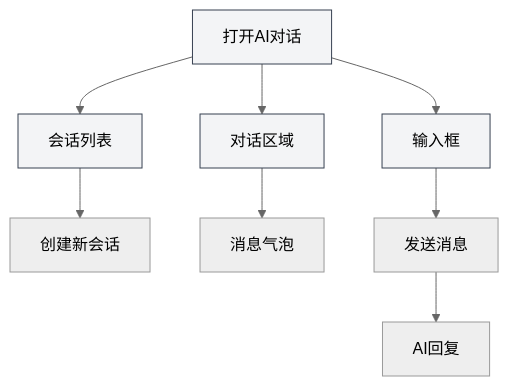
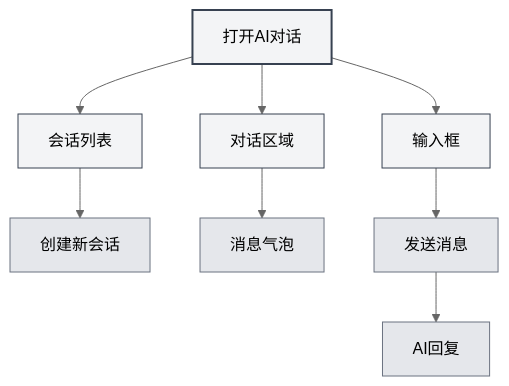
Before and after one commit to JaredYe04/MetaDoc: the first of 4 diagrams in meta-doc/src/renderer/src/manuals/zh_CN/ai/chat.md, drawn with Mermaid (neutral theme). The commit also changed other lines of this file and 76 other files, not shown here.

````diff
--- a/meta-doc/src/renderer/src/manuals/zh_CN/ai/chat.md
+++ b/meta-doc/src/renderer/src/manuals/zh_CN/ai/chat.md
@@ -28,14 +32,18 @@
 ```mermaid
 graph TB
     A[打开AI对话] --> B[会话列表]
     A --> C[对话区域]
     A --> D[输入框]
     B --> E[创建新会话]
     C --> F[消息气泡]
     D --> G[发送消息]
     G --> H[AI回复]
-    style A fill:#f3f4f6,stroke:#374151
+    style A fill:#f3f4f6,stroke:#374151,stroke-width:2px
     style B fill:#f3f4f6,stroke:#374151
     style C fill:#f3f4f6,stroke:#374151
     style D fill:#f3f4f6,stroke:#374151
+    style E fill:#e5e7eb,stroke:#6b7280
+    style F fill:#e5e7eb,stroke:#6b7280
+    style G fill:#e5e7eb,stroke:#6b7280
+    style H fill:#e5e7eb,stroke:#6b7280
 ```
````
